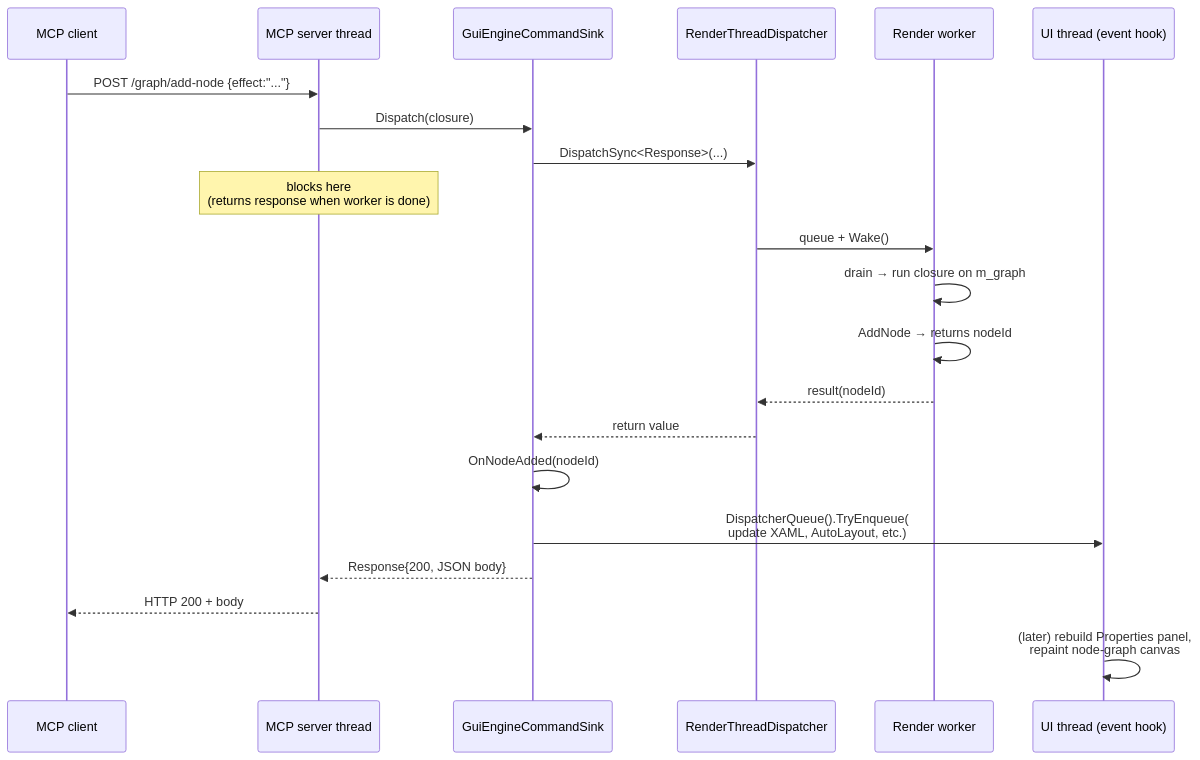
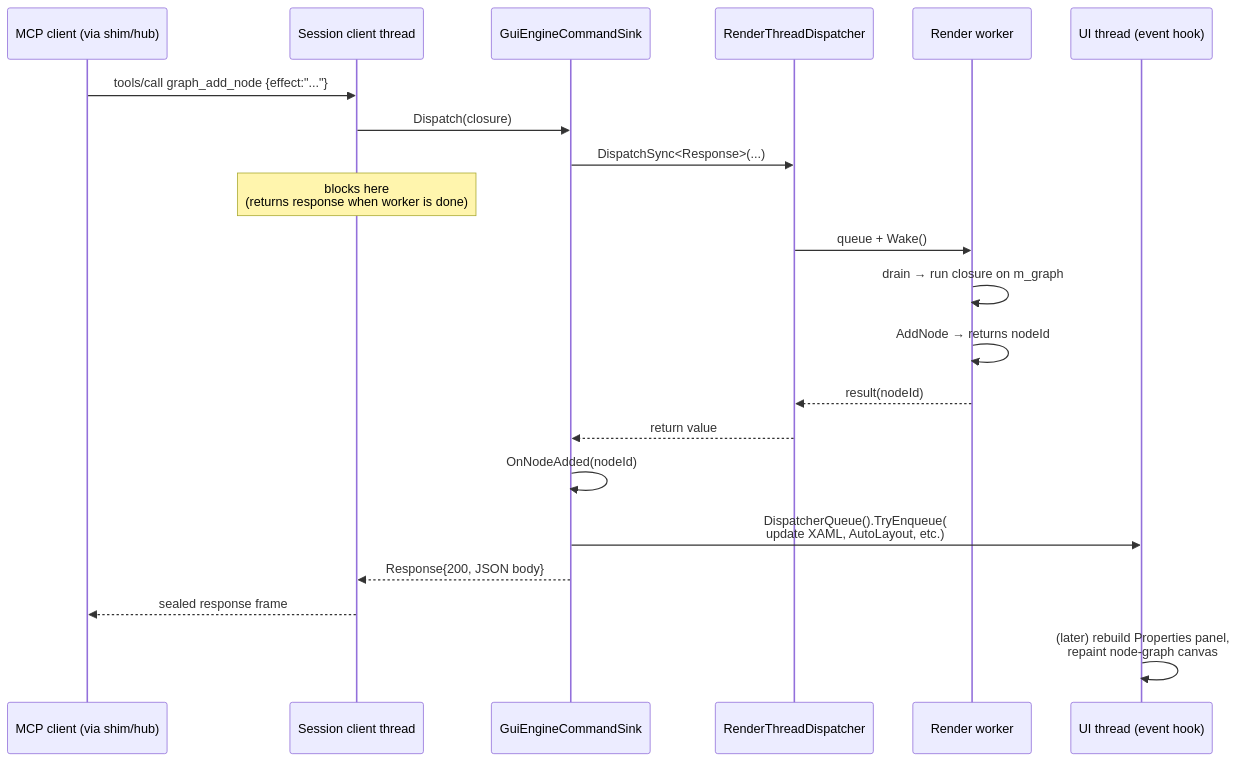
One commit to Spruill-1/ShaderLab changed the third of 7 diagrams in docs/architecture/threading-model.md. Above: the diagram before and after it, drawn with Mermaid. The commit also changed other lines of this file and 34 other files, not shown here.

````diff
--- a/docs/architecture/threading-model.md
+++ b/docs/architecture/threading-model.md
@@ -116,24 +119,24 @@
 ```mermaid
 sequenceDiagram
-    participant Net as MCP client
-    participant Srv as MCP server thread
+    participant Net as MCP client (via shim/hub)
+    participant Srv as Session client thread
     participant Sink as GuiEngineCommandSink
     participant Disp as RenderThreadDispatcher
     participant W as Render worker
     participant UI as UI thread (event hook)
 
-    Net->>Srv: POST /graph/add-node {effect:"..."}
+    Net->>Srv: tools/call graph_add_node {effect:"..."}
     Srv->>Sink: Dispatch(closure)
     Sink->>Disp: DispatchSync<Response>(...)
     Note over Srv: blocks here<br/>(returns response when worker is done)
     Disp->>W: queue + Wake()
     W->>W: drain → run closure on m_graph
     W->>W: AddNode → returns nodeId
     W-->>Disp: result(nodeId)
     Disp-->>Sink: return value
     Sink->>Sink: OnNodeAdded(nodeId)
     Sink->>UI: DispatcherQueue().TryEnqueue(<br/>update XAML, AutoLayout, etc.)
     Sink-->>Srv: Response{200, JSON body}
-    Srv-->>Net: HTTP 200 + body
+    Srv-->>Net: sealed response frame
     UI->>UI: (later) rebuild Properties panel,<br/>repaint node-graph canvas
 ```
````
